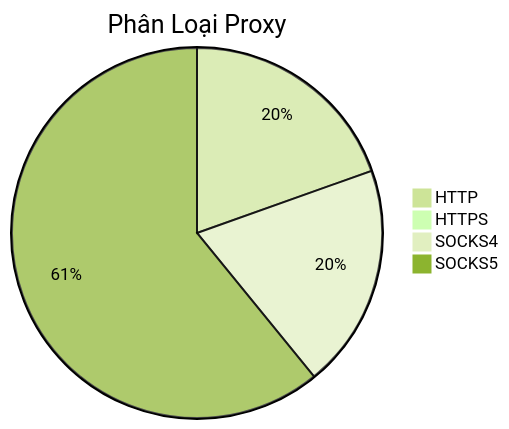
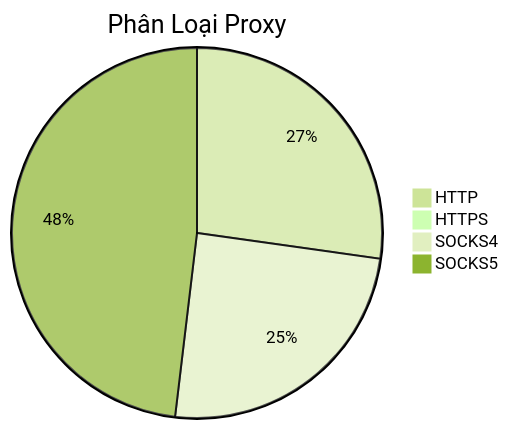
The diagram in README.md (Ciara-12/PROXY-free), drawn with Mermaid (forest theme) before and after one commit. The commit also changed other lines of this file and 3 other files, not shown here.

````diff
--- a/README.md
+++ b/README.md
@@ -26,7 +26,7 @@
 ```mermaid
 pie title Phân Loại Proxy
-    "HTTP" : 290
+    "HTTP" : 288
     "HTTPS" : 2
-    "SOCKS4" : 290
-    "SOCKS5" : 903
+    "SOCKS4" : 261
+    "SOCKS5" : 509
 ```
````
